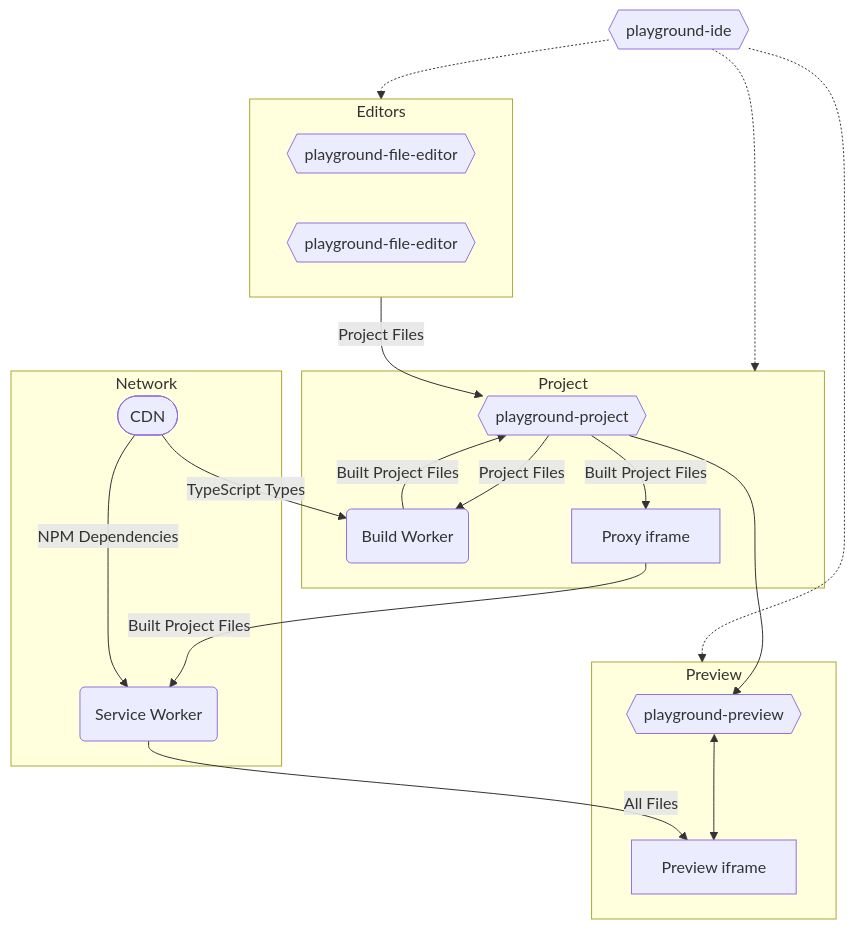
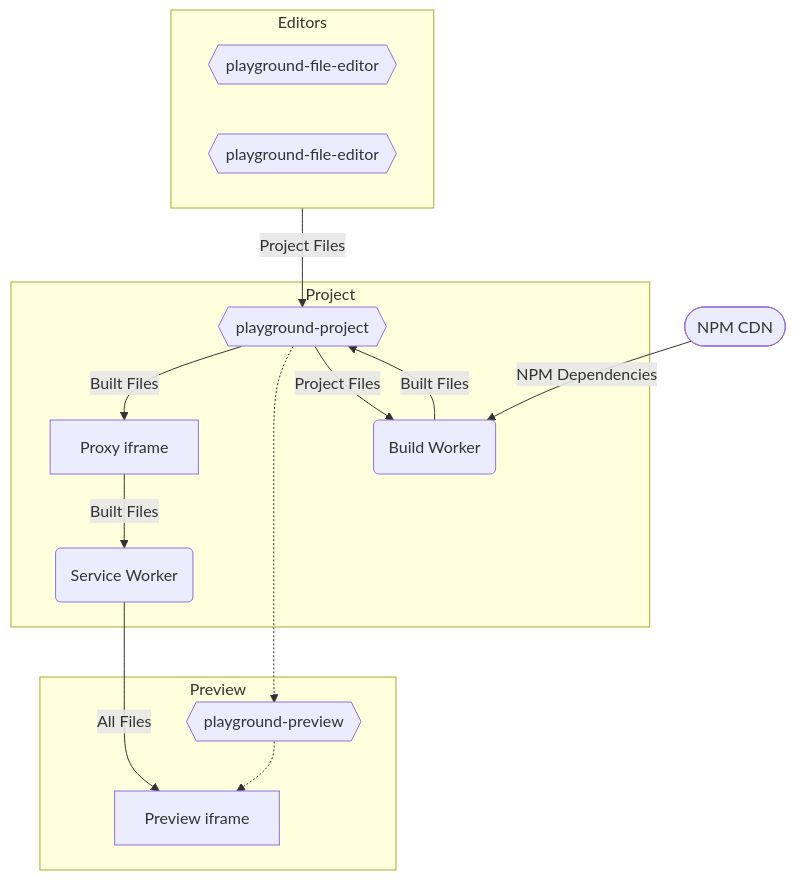
Before and after one commit to google/playground-elements: the diagram in ARCHITECTURE.md, drawn with Mermaid.

Commit message:
Simpler chart

````diff
--- a/ARCHITECTURE.md
+++ b/ARCHITECTURE.md
@@ -17,35 +17,28 @@
 ```mermaid
 flowchart TD
-    IDE{{playground-ide}};
-    subgraph Project;
-    ProjectElement{{playground-project}};
-    WebWorker(Build Worker);
-    ProxyIframe[Proxy iframe];
-    end;
-    subgraph Editors;
-    FileEditor1{{playground-file-editor}};
-    FileEditor2{{playground-file-editor}};
-    end;
-    subgraph Preview;
-    PreviewElement{{playground-preview}};
-    PreviewIframe[Preview iframe];
-    end;
-    subgraph Network;
-    ServiceWorker(Service Worker);
-    CDN([CDN]);
-    end;
+    subgraph Project
+    ProxyIframe[Proxy iframe]
+    ProjectElement{{playground-project}}
+    WebWorker(Build Worker)
+    ServiceWorker(Service Worker)
+    end
+    subgraph Editors
+    FileEditor1{{playground-file-editor}}
+    FileEditor2{{playground-file-editor}}
+    end
+    subgraph Preview
+    PreviewElement{{playground-preview}}
+    PreviewIframe[Preview iframe]
+    end
+    CDN([NPM CDN])
 
-    IDE -.-> Project;
-    IDE -.-> Editors;
-    IDE -.-> Preview;
-    WebWorker -- Built Project Files --> ProjectElement;
-    ProjectElement -- Project Files --> WebWorker;
-    ProjectElement -- Built Project Files --> ProxyIframe;
-    Editors -- Project Files --> ProjectElement;
-    ProjectElement --> PreviewElement;
-    PreviewElement <--> PreviewIframe;
-    ProxyIframe -- Built Project Files --> ServiceWorker;
-    ServiceWorker -- All Files --> PreviewIframe;
-    CDN -- NPM Dependencies --> ServiceWorker;
-    CDN -- TypeScript Types --> WebWorker;
+    ServiceWorker -- All Files --> PreviewIframe
+    ProjectElement -- Built Files --> ProxyIframe
+    Editors -- Project Files --> ProjectElement
+    ProjectElement -...-> PreviewElement
+    PreviewElement -.-> PreviewIframe
+    ProxyIframe -- Built Files --> ServiceWorker
+    WebWorker -- Built Files --> ProjectElement
+    ProjectElement -- Project Files --> WebWorker
+    CDN -- NPM Dependencies --> WebWorker
 ```
````
